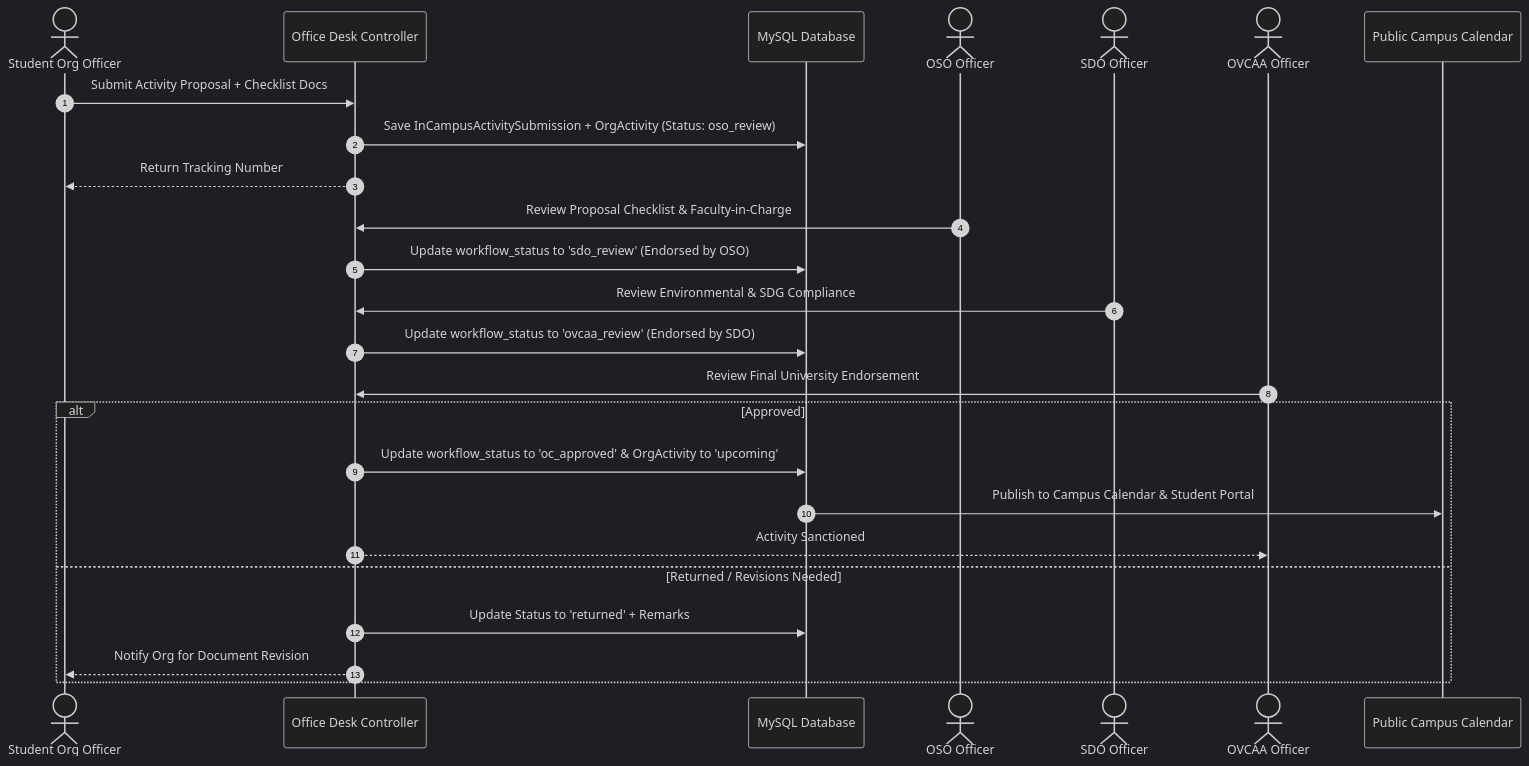
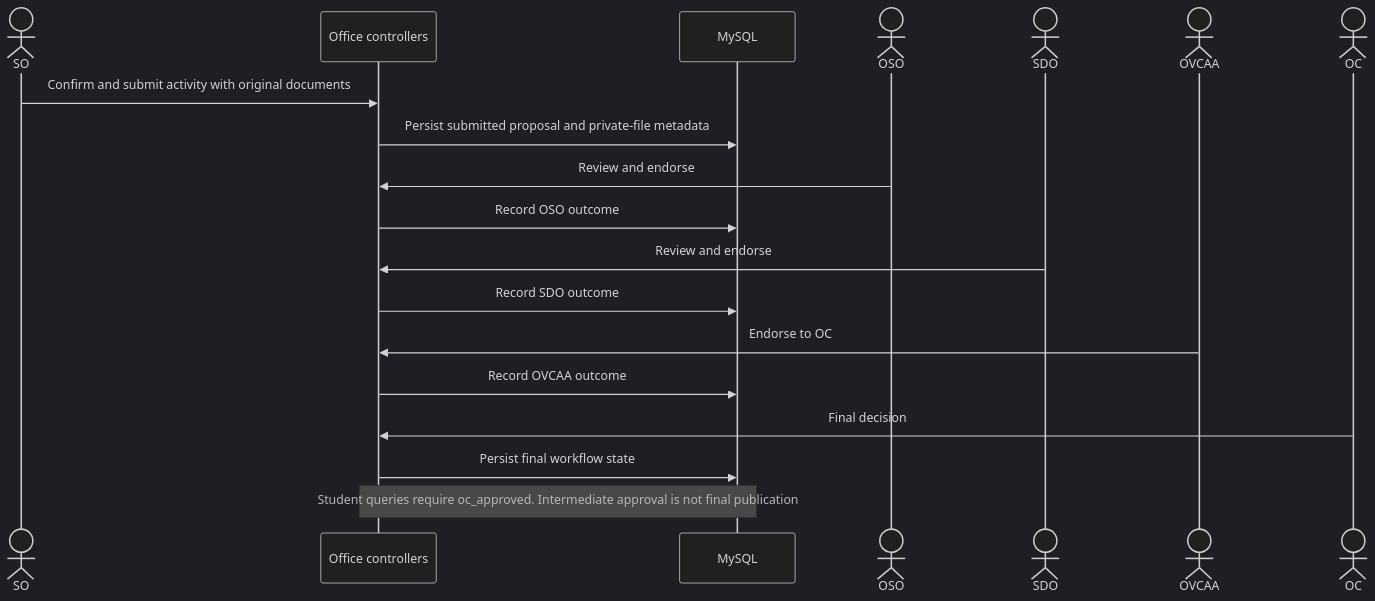
The first of 2 diagrams in ORGCHAIN/01 - System Architecture/End-to-End Data Flow.md (chals1029/OrgChainProject), drawn with Mermaid (dark theme) before and after one commit. The commit also changed other lines of this file and 91 other files, not shown here.

First line of the commit message:
chore: checkpoint current OrgChain portal and documentation updates

````diff
--- a/ORGCHAIN/01 - System Architecture/End-to-End Data Flow.md
+++ b/ORGCHAIN/01 - System Architecture/End-to-End Data Flow.md
@@ -21,31 +15,21 @@
 ```mermaid
 sequenceDiagram
-    autonumber
-    actor SO as Student Org Officer
-    participant OD as Office Desk Controller
-    participant DB as MySQL Database
-    actor OSO as OSO Officer
-    actor SDO as SDO Officer
-    actor OVCAA as OVCAA Officer
-    participant CAL as Public Campus Calendar
-
-    SO->>OD: Submit Activity Proposal + Checklist Docs
-    OD->>DB: Save InCampusActivitySubmission + OrgActivity (Status: oso_review)
-    OD-->>SO: Return Tracking Number
-
-    OSO->>OD: Review Proposal Checklist & Faculty-in-Charge
-    OD->>DB: Update workflow_status to 'sdo_review' (Endorsed by OSO)
-
-    SDO->>OD: Review Environmental & SDG Compliance
-    OD->>DB: Update workflow_status to 'ovcaa_review' (Endorsed by SDO)
-
-    OVCAA->>OD: Review Final University Endorsement
-    alt Approved
-        OD->>DB: Update workflow_status to 'oc_approved' & OrgActivity to 'upcoming'
-        DB->>CAL: Publish to Campus Calendar & Student Portal
-        OD-->>OVCAA: Activity Sanctioned
-    else Returned / Revisions Needed
-        OD->>DB: Update Status to 'returned' + Remarks
-        OD-->>SO: Notify Org for Document Revision
-    end
+    actor SO
+    participant App as Office controllers
+    participant DB as MySQL
+    actor OSO
+    actor SDO
+    actor OVCAA
+    actor OC
+    SO->>App: Confirm and submit activity with original documents
+    App->>DB: Persist submitted proposal and private-file metadata
+    OSO->>App: Review and endorse
+    App->>DB: Record OSO outcome
+    SDO->>App: Review and endorse
+    App->>DB: Record SDO outcome
+    OVCAA->>App: Endorse to OC
+    App->>DB: Record OVCAA outcome
+    OC->>App: Final decision
+    App->>DB: Persist final workflow state
+    Note over App,DB: Student queries require oc_approved. Intermediate approval is not final publication
 ```
````
